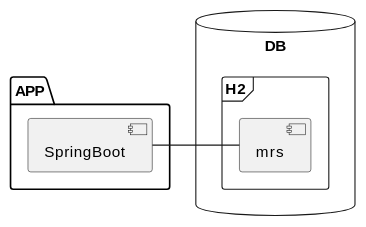
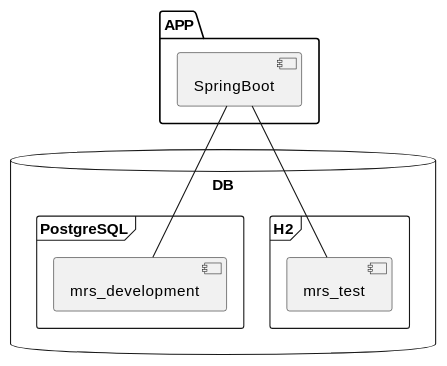
One commit to k2works/case-study-mrs changed diagram 15 of 17 in docs/index.adoc. Above: the diagram before and after it, drawn with PlantUML. The commit also changed other lines of this file and 10 other files, not shown here.

```diff
--- a/docs/index.adoc
+++ b/docs/index.adoc
@@ -466,14 +470,19 @@
 [plantuml]
 ----
 package "APP" {
   [SpringBoot]
 }
 
 database "DB" {
   frame "H2" {
-    [mrs]
+    [mrs_test]
+  }
+
+  frame "PostgreSQL" {
+    [mrs_development]
   }
 }
 
-[SpringBoot] - [mrs]
+[SpringBoot] -- [mrs_test]
+[SpringBoot] -- [mrs_development]
 ----
```
